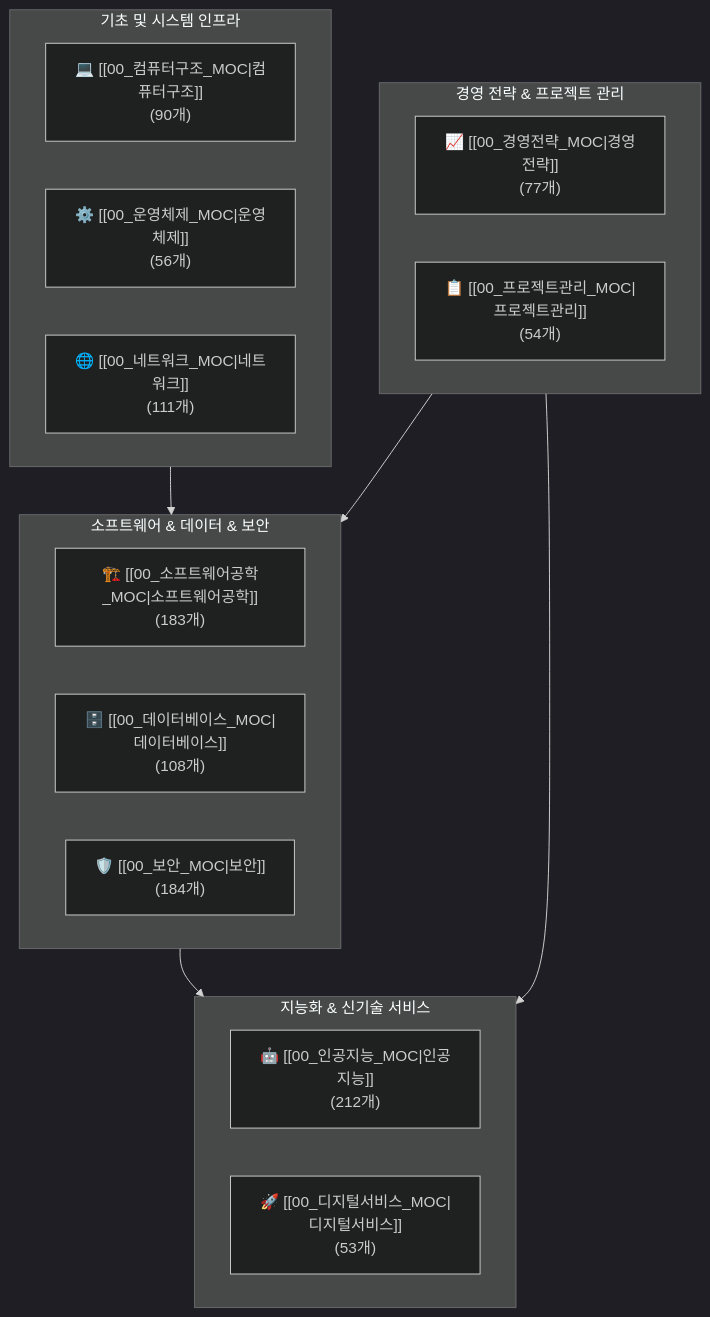
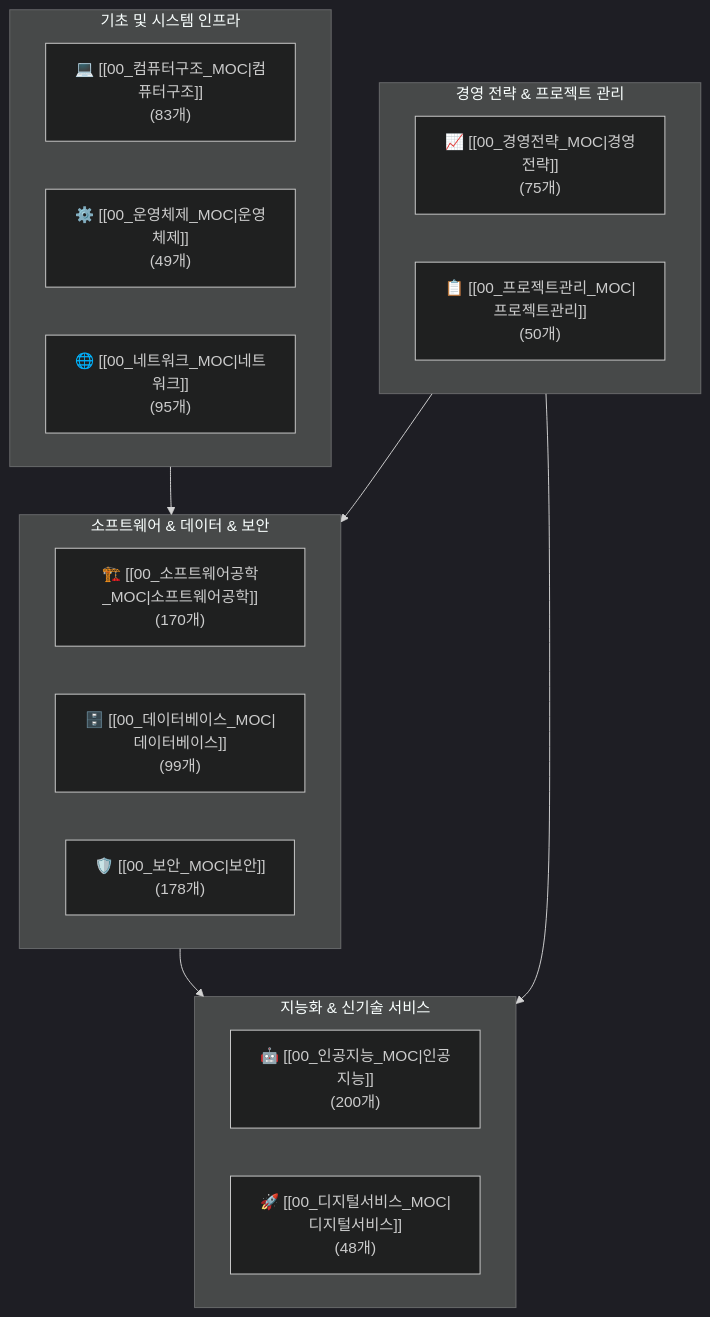
One commit to supremethumb/supremethumb.github.io changed the diagram in content/01_IT Tech/00_02_IT_Tech_MOC.md. Above: the diagram before and after it, drawn with Mermaid (dark theme). The commit also changed other lines of this file and 1087 other files, not shown here.

````diff
--- a/content/01_IT Tech/00_02_IT_Tech_MOC.md
+++ b/content/01_IT Tech/00_02_IT_Tech_MOC.md
@@ -18,28 +18,28 @@
 ```mermaid
 flowchart TD
     subgraph Foundation ["기초 및 시스템 인프라"]
-        CA["💻 [[00_컴퓨터구조_MOC|컴퓨터구조]]<br/>(90개)"]
-        OS["⚙️ [[00_운영체제_MOC|운영체제]]<br/>(56개)"]
-        NET["🌐 [[00_네트워크_MOC|네트워크]]<br/>(111개)"]
+        CA["💻 [[00_컴퓨터구조_MOC|컴퓨터구조]]<br/>(83개)"]
+        OS["⚙️ [[00_운영체제_MOC|운영체제]]<br/>(49개)"]
+        NET["🌐 [[00_네트워크_MOC|네트워크]]<br/>(95개)"]
     end
 
     subgraph Core ["소프트웨어 & 데이터 & 보안"]
-        SE["🏗️ [[00_소프트웨어공학_MOC|소프트웨어공학]]<br/>(183개)"]
-        DB["🗄️ [[00_데이터베이스_MOC|데이터베이스]]<br/>(108개)"]
-        SEC["🛡️ [[00_보안_MOC|보안]]<br/>(184개)"]
+        SE["🏗️ [[00_소프트웨어공학_MOC|소프트웨어공학]]<br/>(170개)"]
+        DB["🗄️ [[00_데이터베이스_MOC|데이터베이스]]<br/>(99개)"]
+        SEC["🛡️ [[00_보안_MOC|보안]]<br/>(178개)"]
     end
 
     subgraph Emerging ["지능화 & 신기술 서비스"]
-        AI["🤖 [[00_인공지능_MOC|인공지능]]<br/>(212개)"]
-        DIGITAL["🚀 [[00_디지털서비스_MOC|디지털서비스]]<br/>(53개)"]
+        AI["🤖 [[00_인공지능_MOC|인공지능]]<br/>(200개)"]
+        DIGITAL["🚀 [[00_디지털서비스_MOC|디지털서비스]]<br/>(48개)"]
     end
 
     subgraph Management ["경영 전략 & 프로젝트 관리"]
-        STRAT["📈 [[00_경영전략_MOC|경영전략]]<br/>(77개)"]
-        PM["📋 [[00_프로젝트관리_MOC|프로젝트관리]]<br/>(54개)"]
+        STRAT["📈 [[00_경영전략_MOC|경영전략]]<br/>(75개)"]
+        PM["📋 [[00_프로젝트관리_MOC|프로젝트관리]]<br/>(50개)"]
     end
 
     Foundation --> Core
     Core --> Emerging
     Management --> Core & Emerging
 ```
````
